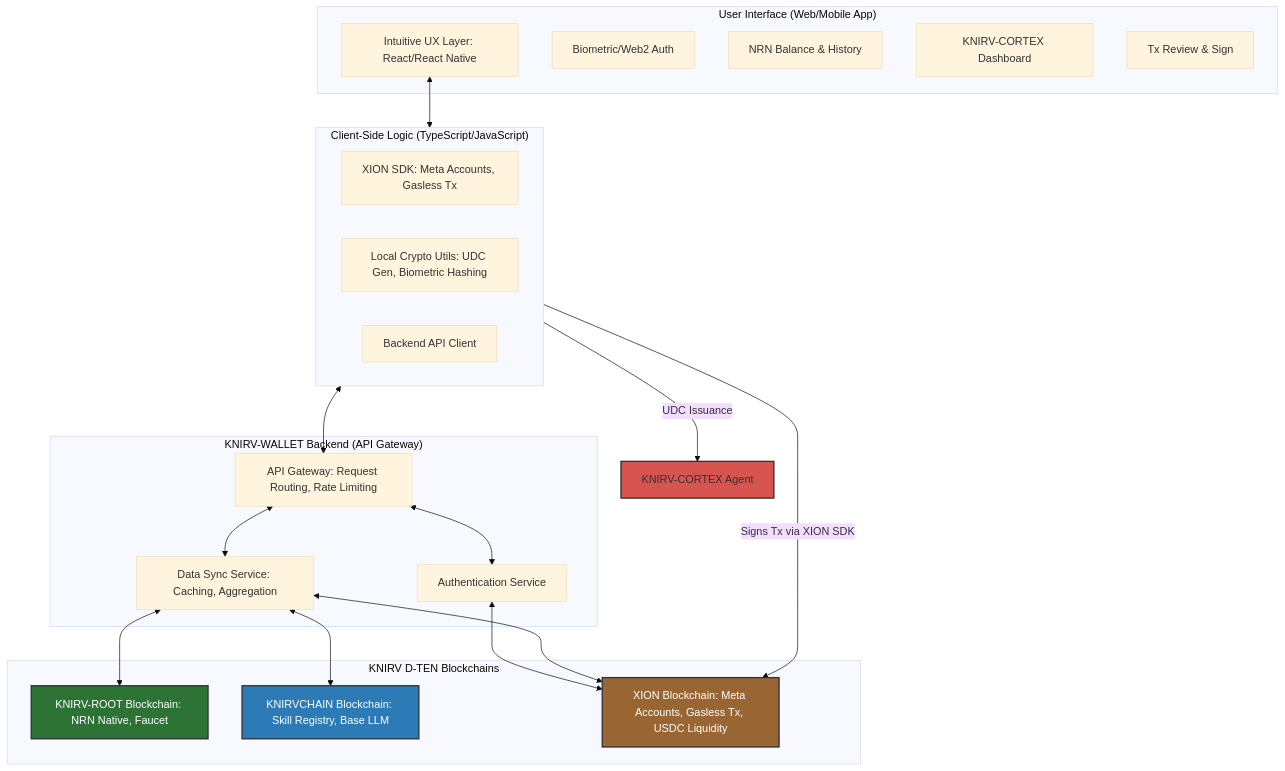
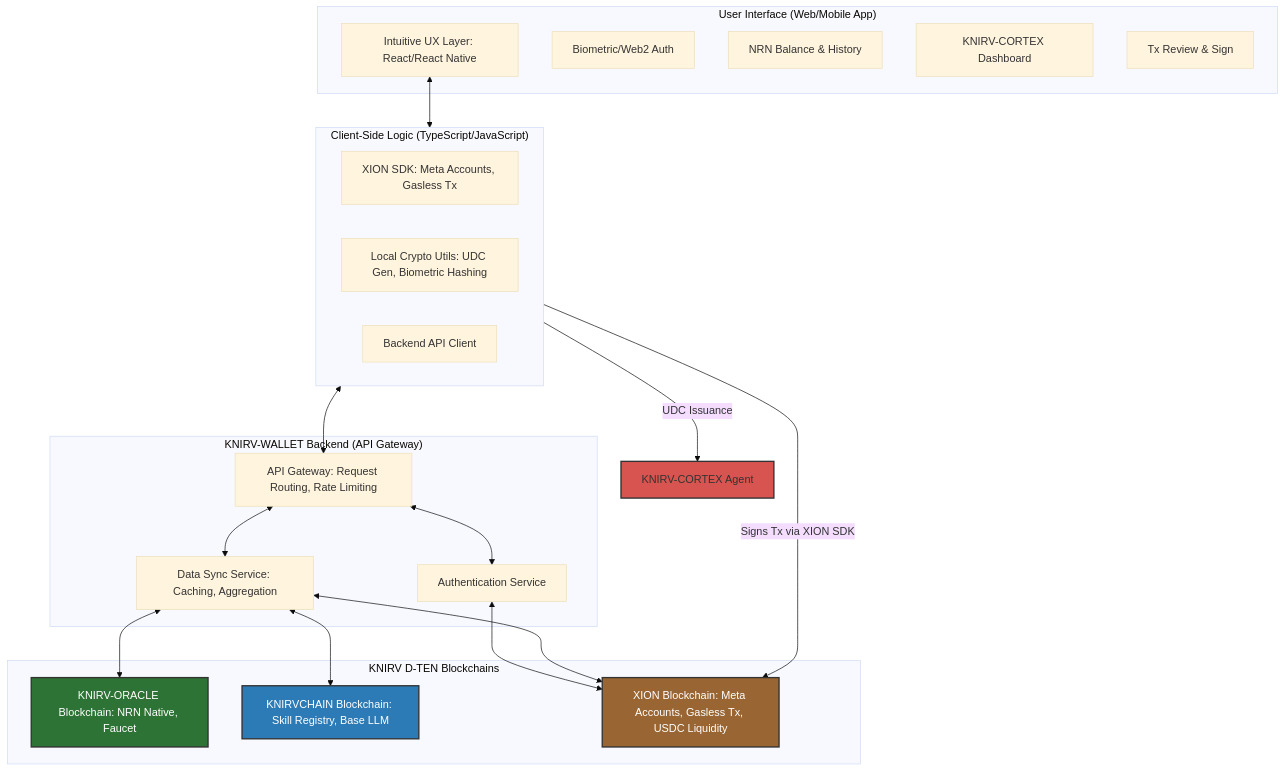
Before and after one commit to guiperry/KNIRV_NETWORK: the diagram in KNIRVGATEWAY/documentation/docsify/whitepapers/KNIRVWALLET_Whitepaper.md, drawn with Mermaid (base theme). The commit also changed other lines of this file and 1956 other files, not shown here.

````diff
--- a/KNIRVGATEWAY/documentation/docsify/whitepapers/KNIRVWALLET_Whitepaper.md
+++ b/KNIRVGATEWAY/documentation/docsify/whitepapers/KNIRVWALLET_Whitepaper.md
@@ -60,46 +60,46 @@
 ```mermaid
 graph TD
     subgraph UserInterface["User Interface (Web/Mobile App)"]
         UI[Intuitive UX Layer: React/React Native]
         Auth[Biometric/Web2 Auth]
         NRN_Display[NRN Balance & History]
         Agent_Control[KNIRV-CORTEX Dashboard]
         Tx_Review[Tx Review & Sign]
     end
 
     subgraph ClientSideLogic["Client-Side Logic (TypeScript/JavaScript)"]
         XION_SDK[XION SDK: Meta Accounts, Gasless Tx]
         Crypto_Utils[Local Crypto Utils: UDC Gen, Biometric Hashing]
         API_Client[Backend API Client]
     end
 
     subgraph KNIRV_WALLET_BACKEND["KNIRV-WALLET Backend (API Gateway)"]
         API_GW[API Gateway: Request Routing, Rate Limiting]
         Auth_Service[Authentication Service]
         Data_Sync[Data Sync Service: Caching, Aggregation]
     end
 
     subgraph KNIRV_D_TEN_BLOCKCHAINS[KNIRV D-TEN Blockchains]
-        KRBC[KNIRV-ROOT Blockchain: NRN Native, Faucet]
+        KRBC[KNIRV-ORACLE Blockchain: NRN Native, Faucet]
         KCC[KNIRVCHAIN Blockchain: Skill Registry, Base LLM]
         XION[XION Blockchain: Meta Accounts, Gasless Tx, USDC Liquidity]
     end
 
     UI <--> ClientSideLogic
     ClientSideLogic <--> API_GW
     API_GW <--> Auth_Service
     API_GW <--> Data_Sync
     
     Auth_Service <--> XION
     Data_Sync <--> KRBC
     Data_Sync <--> KCC
     Data_Sync <--> XION
     
     ClientSideLogic -- "Signs Tx via XION SDK" --> XION
     ClientSideLogic -- "UDC Issuance" --> KS[KNIRV-CORTEX Agent]
     
     style KRBC fill:#2d7336,stroke:#333,stroke-width:2px,color:#fff
     style KCC fill:#2c7bb6,stroke:#333,stroke-width:2px,color:#fff
     style XION fill:#996633,stroke:#333,stroke-width:2px,color:#fff
     style KS fill:#d85450,stroke:#333,stroke-width:2px
 ```
````
